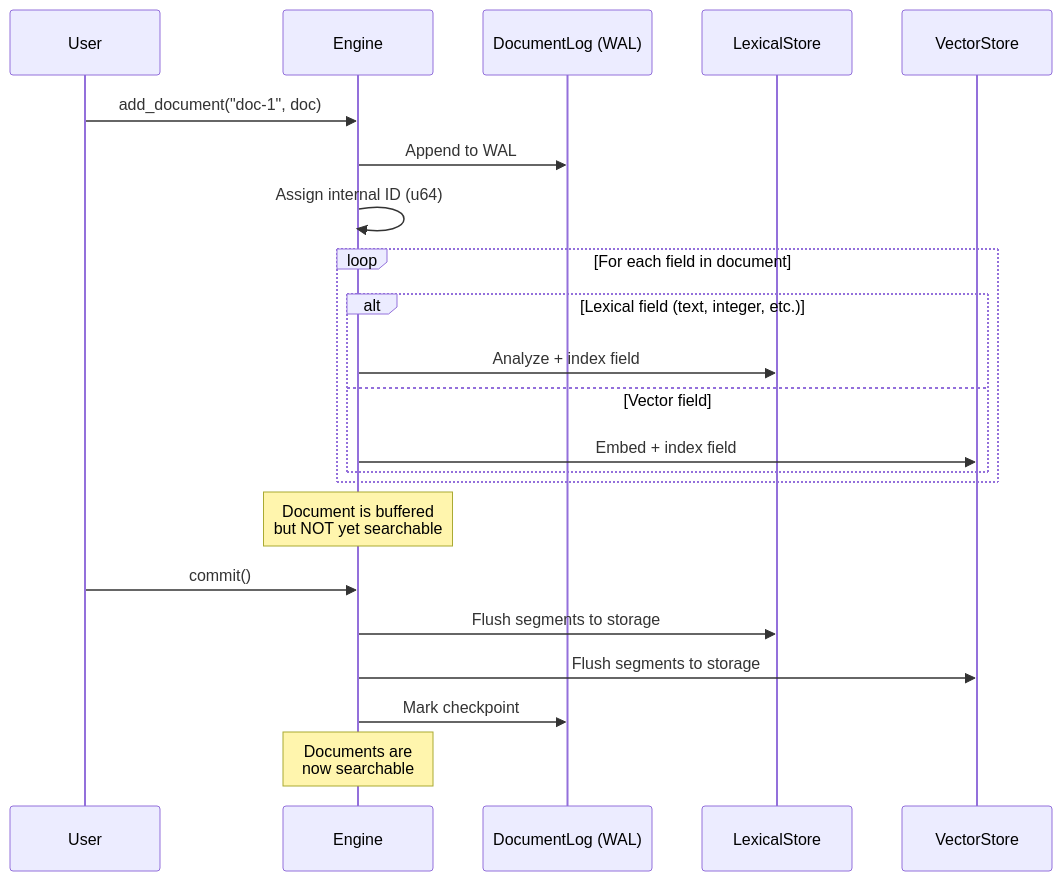
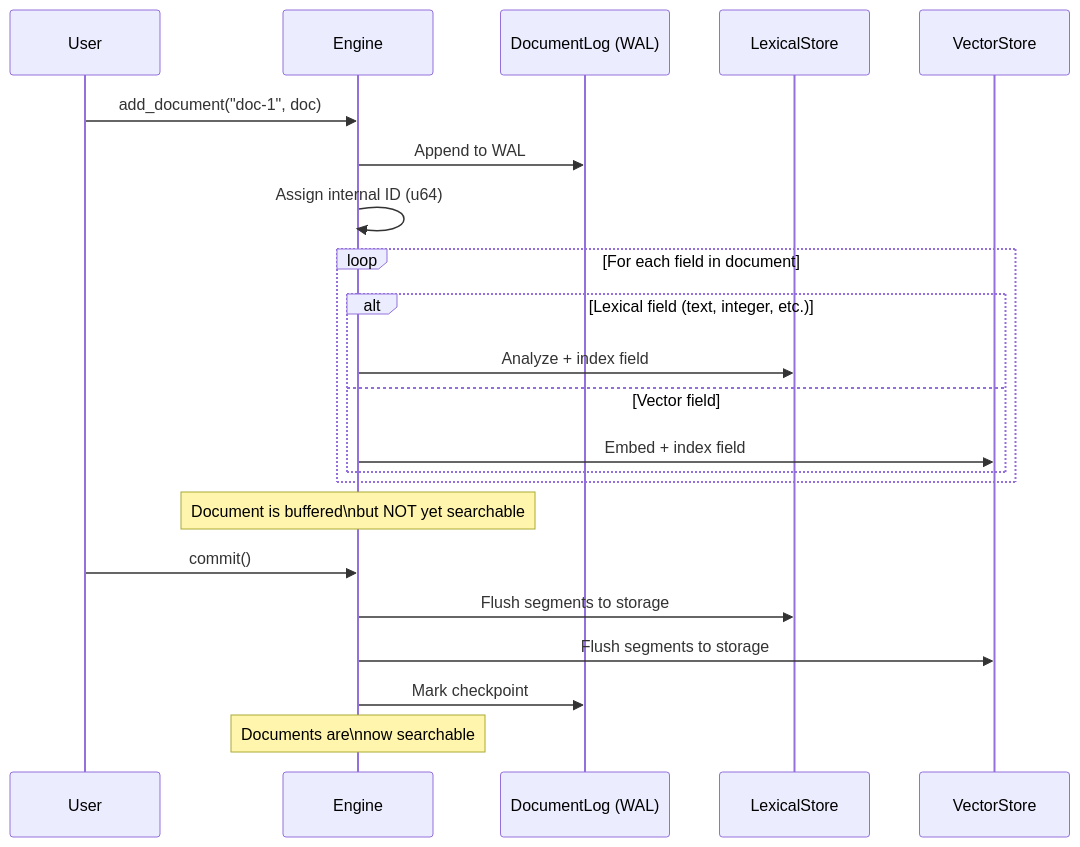
The fourth of 7 diagrams in docs/src/architecture.md (mosuka/iris), drawn with Mermaid before and after one commit. The commit also changed other lines of this file and 10 other files, not shown here.

Commit message:
Fix Mermaid diagrams

````diff
--- a/docs/src/architecture.md
+++ b/docs/src/architecture.md
@@ -97,28 +97,28 @@
-<div class="mermaid">
+```mermaid
 sequenceDiagram
     participant User
     participant Engine
     participant WAL as DocumentLog (WAL)
     participant Lexical as LexicalStore
     participant Vector as VectorStore
 
     User->>Engine: add_document("doc-1", doc)
     Engine->>WAL: Append to WAL
     Engine->>Engine: Assign internal ID (u64)
 
     loop For each field in document
         alt Lexical field (text, integer, etc.)
             Engine->>Lexical: Analyze + index field
         else Vector field
             Engine->>Vector: Embed + index field
         end
     end
 
-    Note over Engine: Document is buffered<br/>but NOT yet searchable
+    Note over Engine: Document is buffered\nbut NOT yet searchable
 
     User->>Engine: commit()
     Engine->>Lexical: Flush segments to storage
     Engine->>Vector: Flush segments to storage
     Engine->>WAL: Mark checkpoint
-    Note over Engine: Documents are<br/>now searchable
-</div>
+    Note over Engine: Documents are\nnow searchable
+```
````
